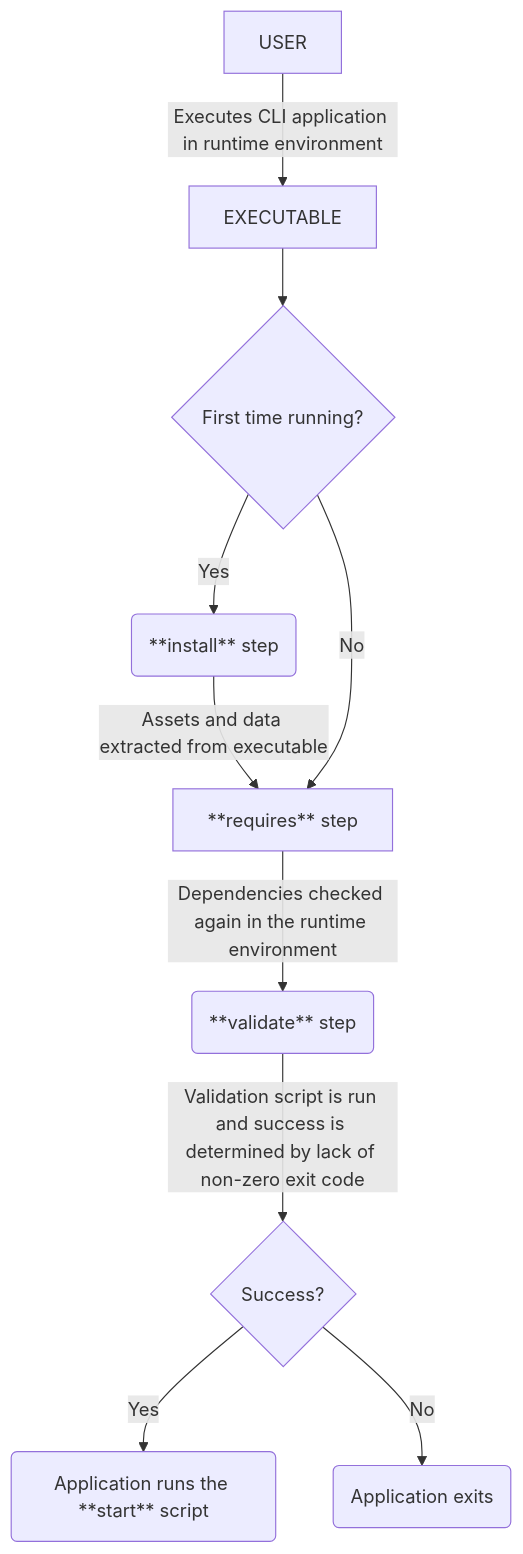
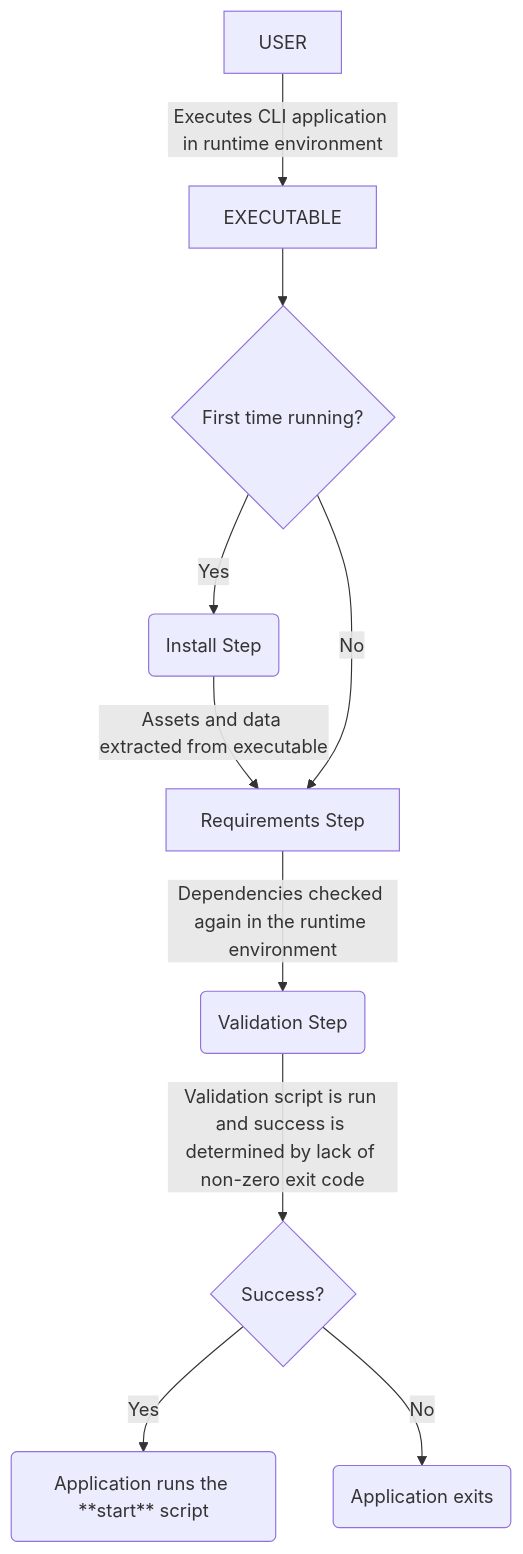
The second of 2 diagrams in docs/README.md (migsc/cmdeagle), drawn with Mermaid before and after one commit. The commit also changed other lines of this file and 4 other files, not shown here.

````diff
--- a/docs/README.md
+++ b/docs/README.md
@@ -292,20 +273,20 @@
 ```mermaid
 flowchart TD
 
     user[USER]
 
     user -->|Executes CLI application in runtime environment| exe
     exe[EXECUTABLE]
 
         
     exe --> fork_install{First time running?}
     fork_install -->|Yes| install
-    install(**install** step) -->|Assets and data extracted from executable| requires2
+    install(Install Step) -->|Assets and data extracted from executable| requires2
     fork_install -->|No| requires2 
-    requires2[**requires** step] -->|Dependencies checked again in the runtime environment| validate
-    validate(**validate** step) -->|Validation script is run and success is determined by lack of non-zero exit code| fork_start{Success?}
+    requires2[Requirements Step] -->|Dependencies checked again in the runtime environment| validate
+    validate(Validation Step) -->|Validation script is run and success is determined by lack of non-zero exit code| fork_start{Success?}
     fork_start --> |Yes| start(Application runs the **start** script)
     fork_start --> |No| exit(Application exits)
 
 
 ```
````
